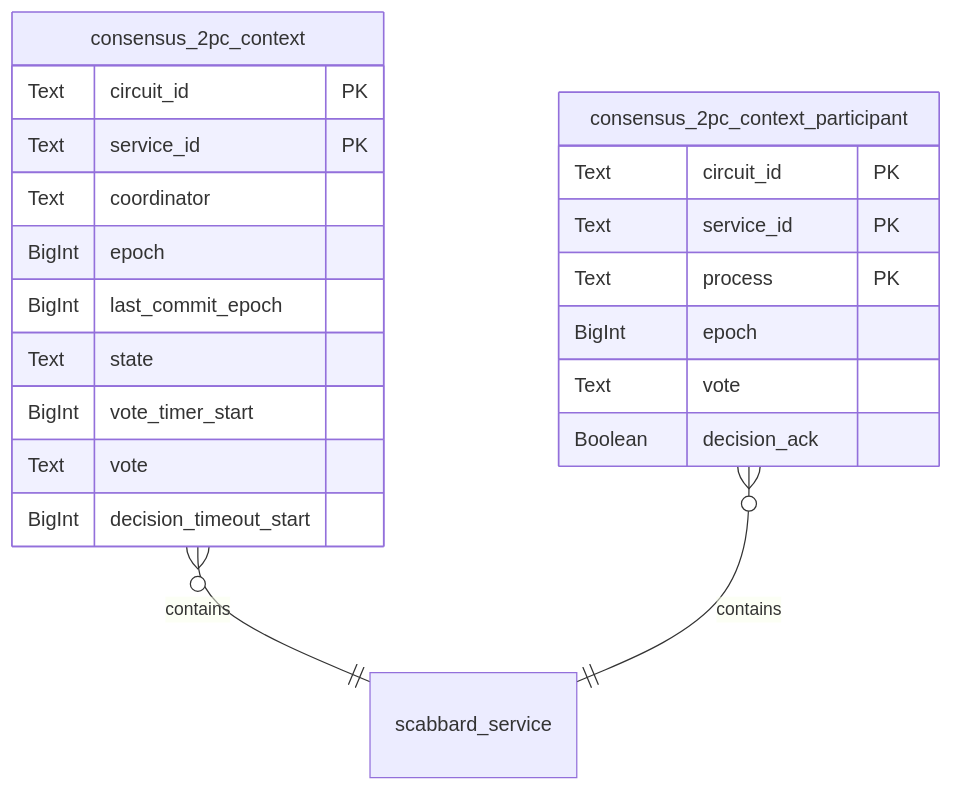
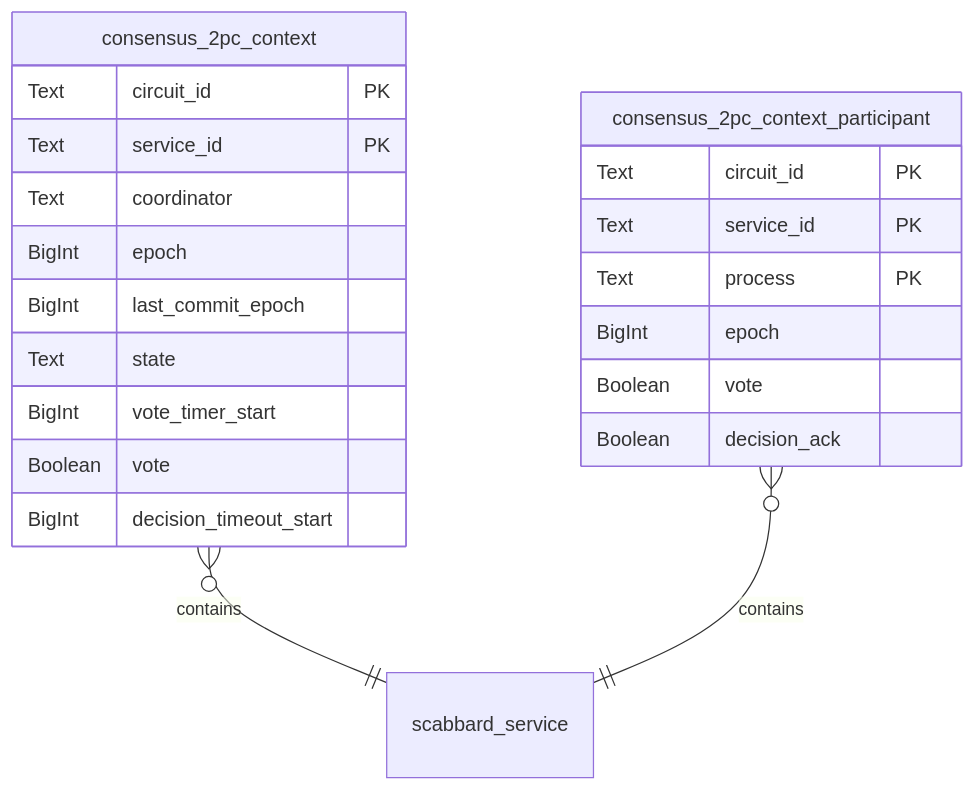
One commit to Cargill/splinter-docs changed the second of 4 diagrams in community/planning/splinter_v0.7_database.md. Above: the diagram before and after it, drawn with Mermaid. The commit also changed other lines of this file, not shown here.

First line of the commit message:
Update splinter db doc - fix boolean columns

```diff
--- a/community/planning/splinter_v0.7_database.md
+++ b/community/planning/splinter_v0.7_database.md
@@ -191,24 +191,24 @@
 <div class="mermaid">
 erDiagram
     consensus_2pc_context {
         Text circuit_id PK
         Text service_id PK
         Text coordinator
         BigInt epoch
         BigInt last_commit_epoch
         Text state
         BigInt vote_timer_start
-        Text vote
+        Boolean vote
         BigInt decision_timeout_start
     }
     consensus_2pc_context_participant {
         Text circuit_id PK
         Text service_id PK
         Text process PK
         BigInt epoch
-        Text vote
+        Boolean vote
         Boolean decision_ack
     }
     consensus_2pc_context }o--|| scabbard_service: contains
     consensus_2pc_context_participant }o--|| scabbard_service: contains
 </div>
```
